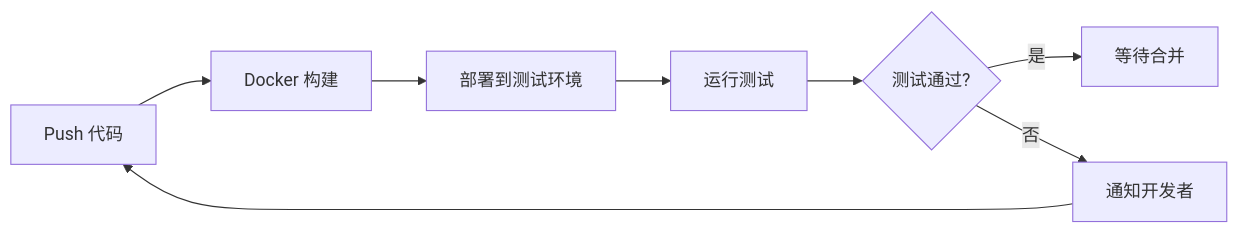
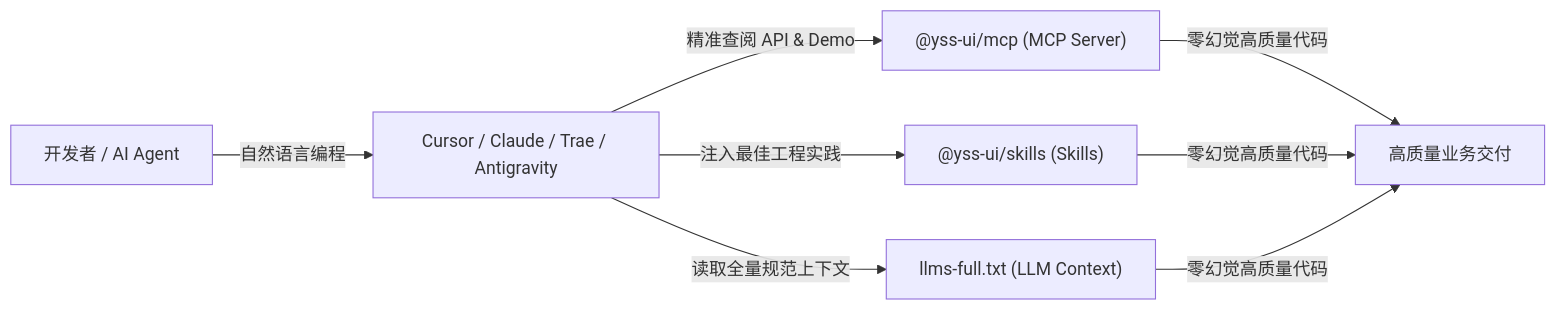
One commit to ycwang-dev/yss-ui changed the first of 3 diagrams in README.md. Above: the diagram before and after it, drawn with Mermaid. The commit also changed other lines of this file and 1 other file, not shown here.

````diff
--- a/README.md
+++ b/README.md
@@ -219,10 +158,8 @@
 ```mermaid
-graph LR
-    A[Push 代码] --> B[Docker 构建]
-    B --> C[部署到测试环境]
-    C --> D[运行测试]
-    D --> E{测试通过?}
-    E -->|是| F[等待合并]
-    E -->|否| G[通知开发者]
-    G --> A
+flowchart LR
+    A[开发者 / AI Agent] -->|自然语言编程| B[Cursor / Claude / Trae / Antigravity]
+    B -->|精准查阅 API & Demo| C["@yss-ui/mcp (MCP Server)"]
+    B -->|注入最佳工程实践| D["@yss-ui/skills (Skills)"]
+    B -->|读取全量规范上下文| E["llms-full.txt (LLM Context)"]
+    C & D & E -->|零幻觉高质量代码| F[高质量业务交付]
 ```
````
